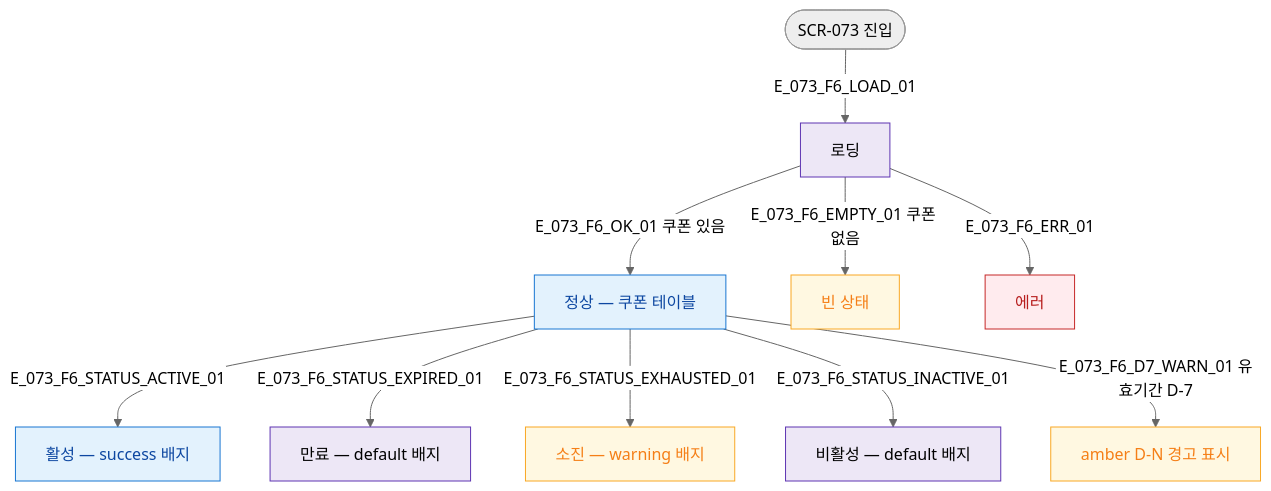
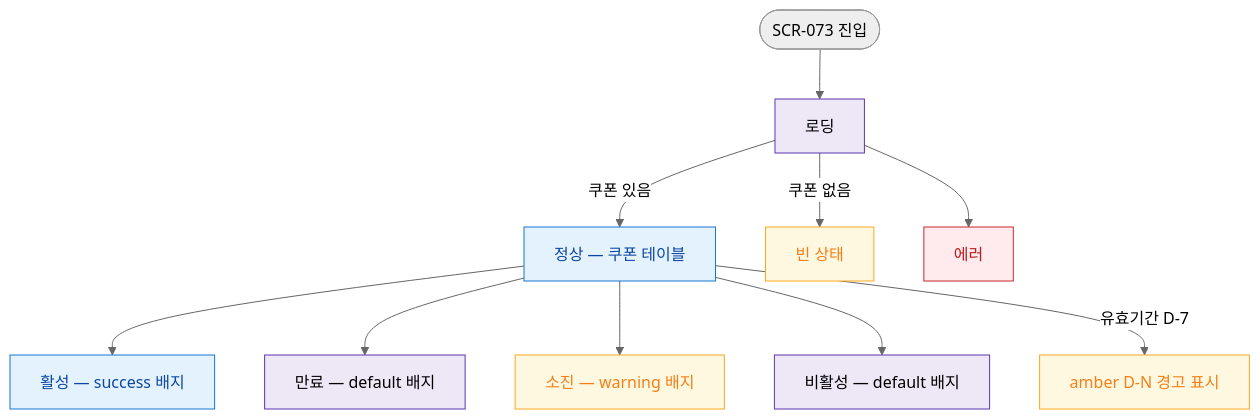
Before and after one commit to dev-spogym/admin-pando: the diagram in docs/다이어그램/D08_마케팅/SCR-073_쿠폰관리/F6_상태별화면.md, drawn with Mermaid (neutral theme). The commit also changed other lines of this file and 1660 other files, not shown here.

First line of the commit message:
다이어그램: 기획자/클라이언트 납품본으로 정리

````diff
--- a/docs/다이어그램/D08_마케팅/SCR-073_쿠폰관리/F6_상태별화면.md
+++ b/docs/다이어그램/D08_마케팅/SCR-073_쿠폰관리/F6_상태별화면.md
@@ -14,26 +12,26 @@
 ```mermaid
 flowchart TD
   ENTER([SCR-073 진입])
-  ENTER -->|E_073_F6_LOAD_01| STATE_LOADING[로딩]
-  STATE_LOADING -->|E_073_F6_OK_01 쿠폰 있음| STATE_NORMAL[정상 — 쿠폰 테이블]
-  STATE_LOADING -->|E_073_F6_EMPTY_01 쿠폰 없음| STATE_EMPTY[빈 상태]
-  STATE_LOADING -->|E_073_F6_ERR_01| STATE_ERR[에러]
+  ENTER --> STATE_LOADING[로딩]
+  STATE_LOADING -->|쿠폰 있음|STATE_NORMAL[정상 — 쿠폰 테이블]
+  STATE_LOADING -->|쿠폰 없음|STATE_EMPTY[빈 상태]
+  STATE_LOADING --> STATE_ERR[에러]
 
-  STATE_NORMAL -->|E_073_F6_STATUS_ACTIVE_01| BADGE_ACTIVE[활성 — success 배지]
-  STATE_NORMAL -->|E_073_F6_STATUS_EXPIRED_01| BADGE_EXPIRED[만료 — default 배지]
-  STATE_NORMAL -->|E_073_F6_STATUS_EXHAUSTED_01| BADGE_EXHAUSTED[소진 — warning 배지]
-  STATE_NORMAL -->|E_073_F6_STATUS_INACTIVE_01| BADGE_INACTIVE[비활성 — default 배지]
-  STATE_NORMAL -->|E_073_F6_D7_WARN_01 유효기간 D-7| D7_WARN[amber D-N 경고 표시]
+  STATE_NORMAL --> BADGE_ACTIVE[활성 — success 배지]
+  STATE_NORMAL --> BADGE_EXPIRED[만료 — default 배지]
+  STATE_NORMAL --> BADGE_EXHAUSTED[소진 — warning 배지]
+  STATE_NORMAL --> BADGE_INACTIVE[비활성 — default 배지]
+  STATE_NORMAL -->|유효기간 D-7|D7_WARN[amber D-N 경고 표시]
 
-  classDef screen  fill:#E3F2FD,stroke:#1976D2,color:#0D47A1
-  classDef system  fill:#EDE7F6,stroke:#5E35B2
-  classDef error   fill:#FFEBEE,stroke:#C62828,color:#B71C1C
+  classDef screen fill:#E3F2FD,stroke:#1976D2,color:#0D47A1
+  classDef system fill:#EDE7F6,stroke:#5E35B2
+  classDef error fill:#FFEBEE,stroke:#C62828,color:#B71C1C
   classDef warning fill:#FFF8E1,stroke:#F9A825,color:#F57F17
   classDef success fill:#E8F5E9,stroke:#2E7D32,color:#1B5E20
 
   class STATE_NORMAL,BADGE_ACTIVE screen
   class STATE_LOADING system
   class STATE_ERR error
   class STATE_EMPTY,BADGE_EXHAUSTED,D7_WARN warning
   class BADGE_EXPIRED,BADGE_INACTIVE system
 ```
````
